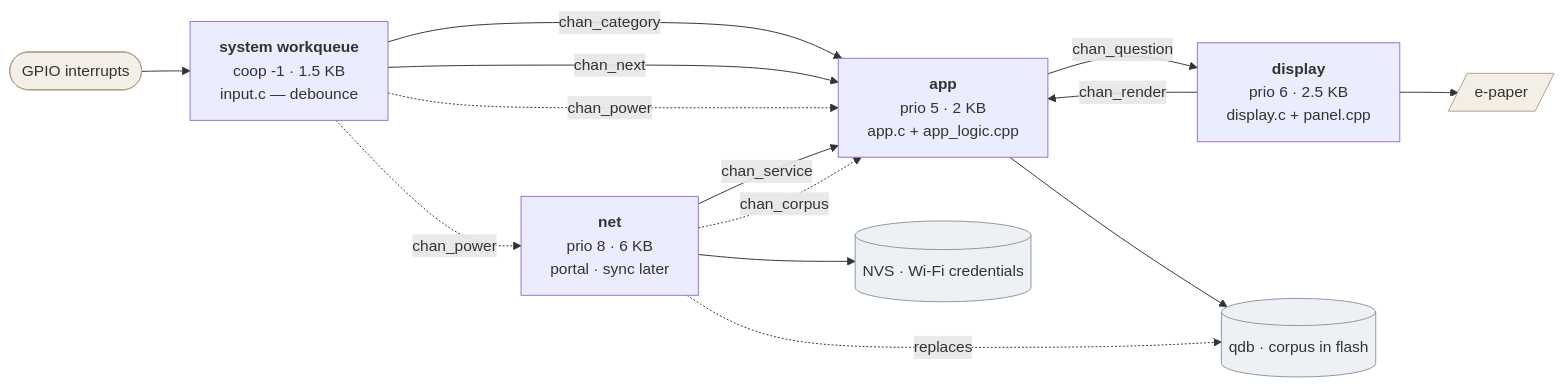
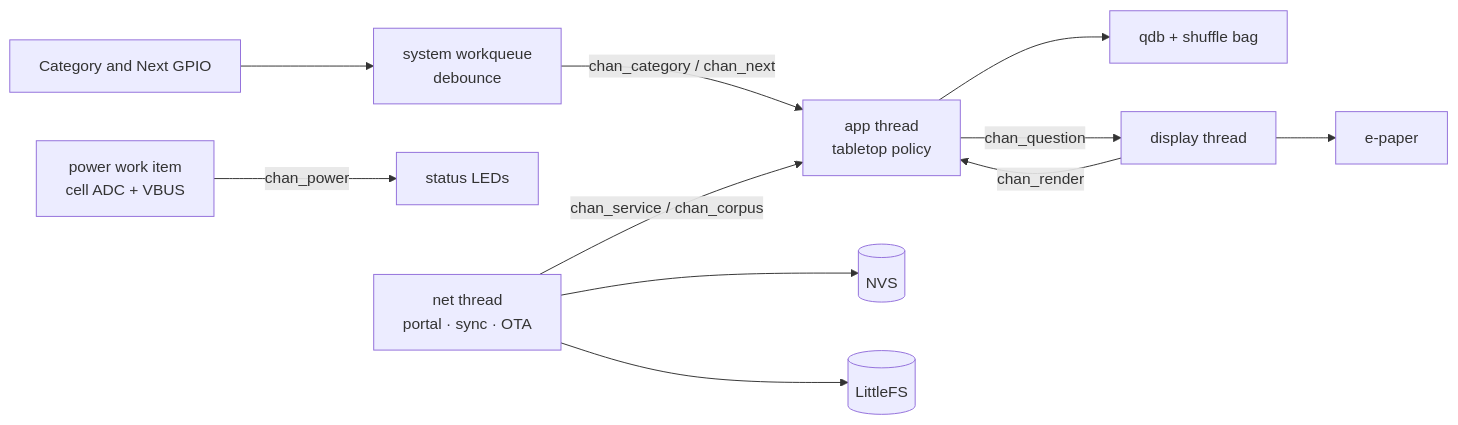
One commit to giacomomellone/cicala changed the first of 9 diagrams in docs/firmware_architecture.md. Above: the diagram before and after it, drawn with Mermaid. The commit also changed other lines of this file and 259 other files, not shown here.

````diff
--- a/docs/firmware_architecture.md
+++ b/docs/firmware_architecture.md
@@ -47,38 +30,14 @@
 ```mermaid
 flowchart LR
-    ISR([GPIO interrupts]):::hw --> WQ
+    GPIO[Category and Next GPIO] --> WQ[system workqueue<br/>debounce]
+    WQ -->|chan_category / chan_next| APP[app thread<br/>tabletop policy]
+    APP --> QDB[qdb + shuffle bag]
+    APP -->|chan_question| DISPLAY[display thread]
+    DISPLAY --> PANEL[e-paper]
+    DISPLAY -->|chan_render| APP
 
-    WQ["`**system workqueue**
-    coop -1 · 1.5 KB
-    input.c — debounce`"]
-
-    APP["`**app**
-    prio 5 · 2 KB
-    app.c + app_logic.cpp`"]
-
-    DSP["`**display**
-    prio 6 · 2.5 KB
-    display.c + panel.cpp`"]
-
-    NET["`**net**
-    prio 8 · 6 KB
-    portal · sync later`"]
-
-    WQ -- chan_category --> APP
-    WQ -- chan_next --> APP
-    WQ -. chan_power .-> APP
-    WQ -. chan_power .-> NET
-    APP -- chan_question --> DSP
-    DSP -- chan_render --> APP
-    NET -- chan_service --> APP
-    NET -. chan_corpus .-> APP
-
-    DSP --> PANEL[/e-paper/]:::hw
-    APP --> QDB[(qdb · corpus in flash)]:::store
-    NET --> NVS[(NVS · Wi-Fi credentials)]:::store
-    NET -. replaces .-> QDB
-
-    classDef hw fill:#f4efe6,stroke:#b0a086
-    classDef store fill:#eef1f4,stroke:#8a97a6
-    classDef todo fill:#f7f5f1,stroke:#b3aca0,stroke-dasharray:4 3,color:#7a736a
+    POWER[power work item<br/>cell ADC + VBUS] -->|chan_power| STATUS[status LEDs]
+    NET[net thread<br/>portal · sync · OTA] -->|chan_service / chan_corpus| APP
+    NET --> NVS[(NVS)]
+    NET --> LFS[(LittleFS)]
 ```
````
